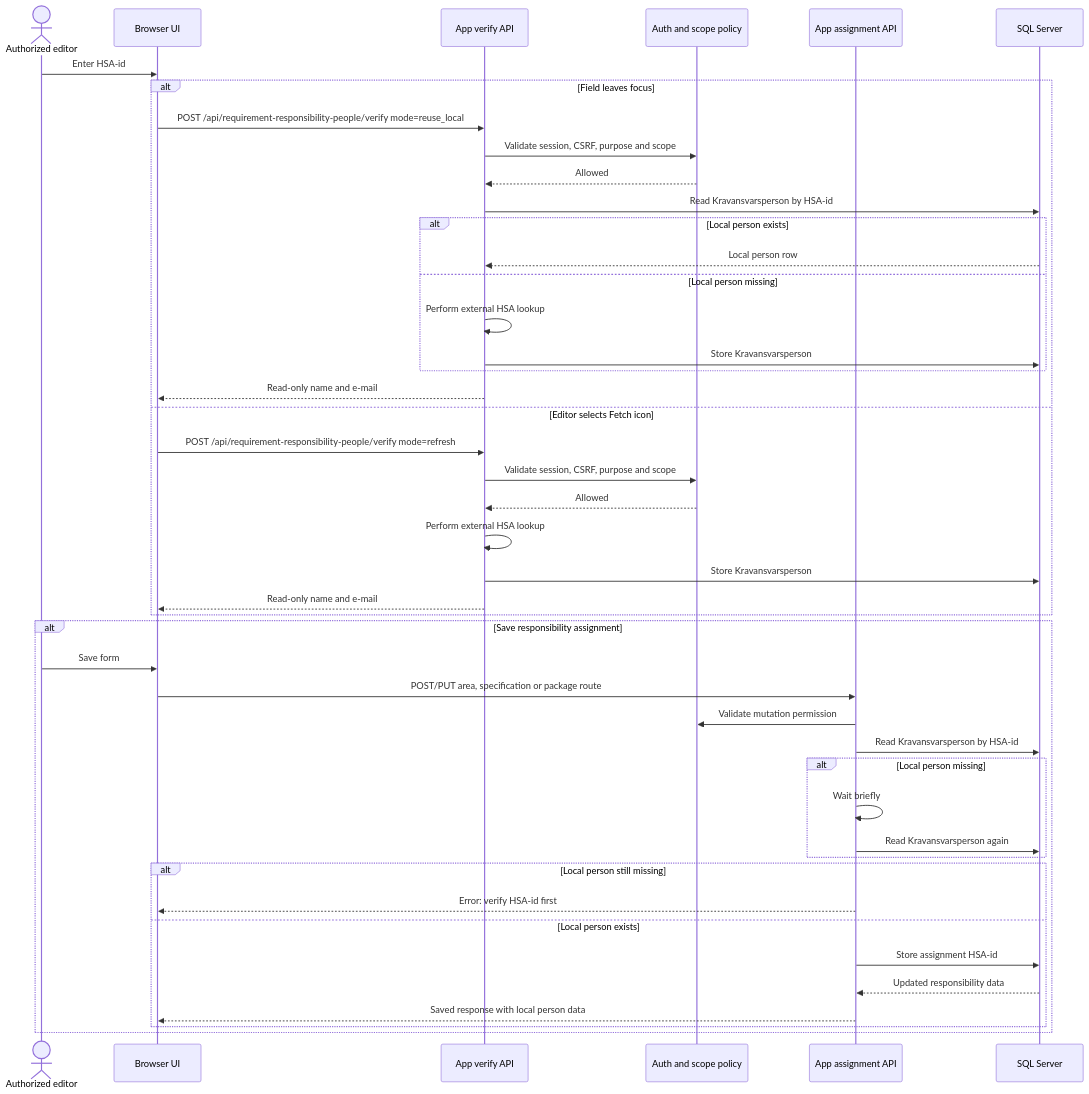
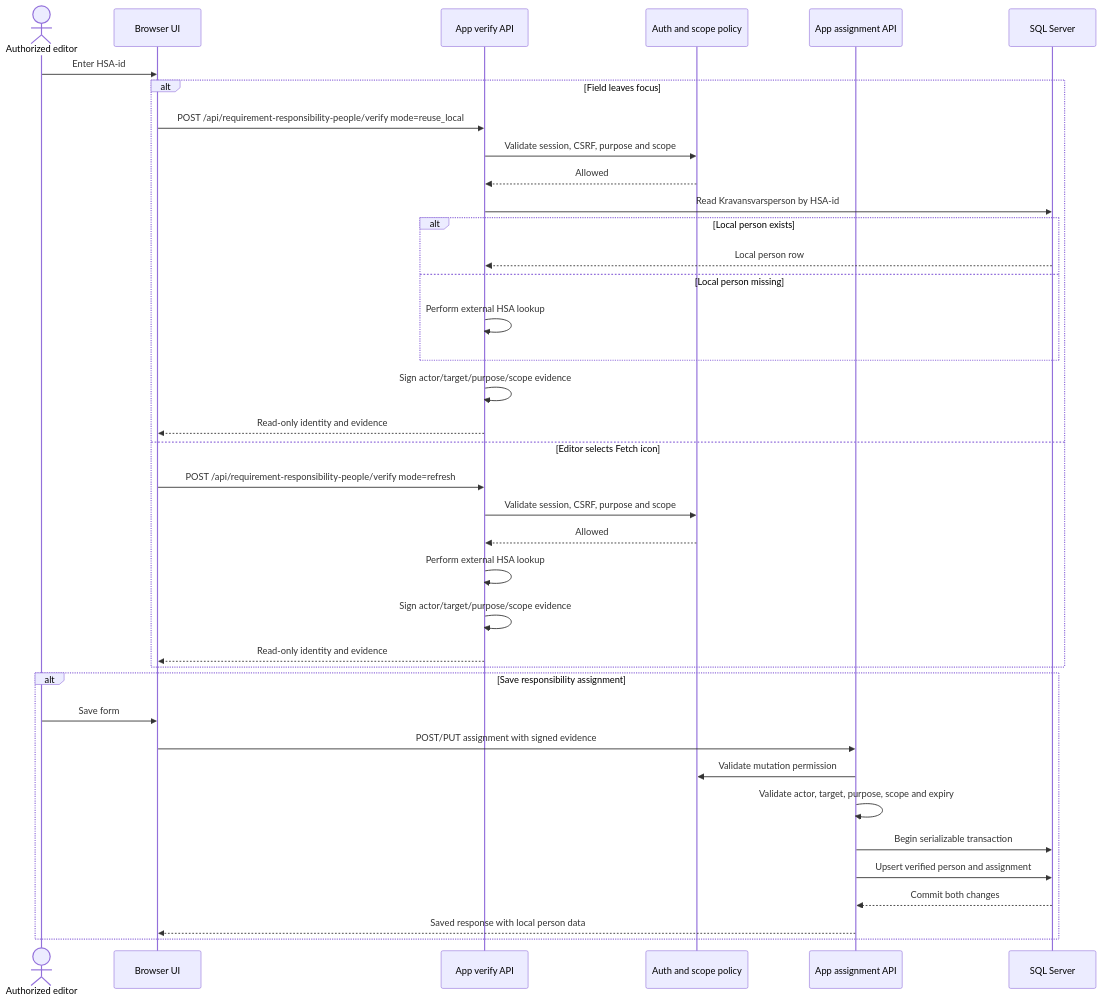
The third of 3 diagrams in docs/integrations/hsa-person-lookup-integration.md (johlju/Kravhantering), drawn with Mermaid before and after one commit. The commit also changed other lines of this file and 54 other files, not shown here.

Commit message:
Make HSA verification privacy-preserving and assignment-atomic (#990)

````diff
--- a/docs/integrations/hsa-person-lookup-integration.md
+++ b/docs/integrations/hsa-person-lookup-integration.md
@@ -226,49 +242,42 @@
 ```mermaid
 sequenceDiagram
     actor Editor as Authorized editor
     participant UI as Browser UI
     participant Verify as App verify API
     participant Policy as Auth and scope policy
     participant Save as App assignment API
     participant DB as SQL Server
 
     Editor->>UI: Enter HSA-id
     alt Field leaves focus
         UI->>Verify: POST /api/requirement-responsibility-people/verify mode=reuse_local
         Verify->>Policy: Validate session, CSRF, purpose and scope
         Policy-->>Verify: Allowed
         Verify->>DB: Read Kravansvarsperson by HSA-id
         alt Local person exists
             DB-->>Verify: Local person row
         else Local person missing
             Verify->>Verify: Perform external HSA lookup
-            Verify->>DB: Store Kravansvarsperson
         end
-        Verify-->>UI: Read-only name and e-mail
+        Verify->>Verify: Sign actor/target/purpose/scope evidence
+        Verify-->>UI: Read-only identity and evidence
     else Editor selects Fetch icon
         UI->>Verify: POST /api/requirement-responsibility-people/verify mode=refresh
         Verify->>Policy: Validate session, CSRF, purpose and scope
         Policy-->>Verify: Allowed
         Verify->>Verify: Perform external HSA lookup
-        Verify->>DB: Store Kravansvarsperson
-        Verify-->>UI: Read-only name and e-mail
+        Verify->>Verify: Sign actor/target/purpose/scope evidence
+        Verify-->>UI: Read-only identity and evidence
     end
 
     alt Save responsibility assignment
         Editor->>UI: Save form
-        UI->>Save: POST/PUT area, specification or package route
+        UI->>Save: POST/PUT assignment with signed evidence
         Save->>Policy: Validate mutation permission
-        Save->>DB: Read Kravansvarsperson by HSA-id
-        alt Local person missing
-            Save->>Save: Wait briefly
-            Save->>DB: Read Kravansvarsperson again
-        end
-        alt Local person still missing
-            Save-->>UI: Error: verify HSA-id first
-        else Local person exists
-            Save->>DB: Store assignment HSA-id
-            DB-->>Save: Updated responsibility data
-            Save-->>UI: Saved response with local person data
-        end
+        Save->>Save: Validate actor, target, purpose, scope and expiry
+        Save->>DB: Begin serializable transaction
+        Save->>DB: Upsert verified person and assignment
+        DB-->>Save: Commit both changes
+        Save-->>UI: Saved response with local person data
     end
 ```
````
